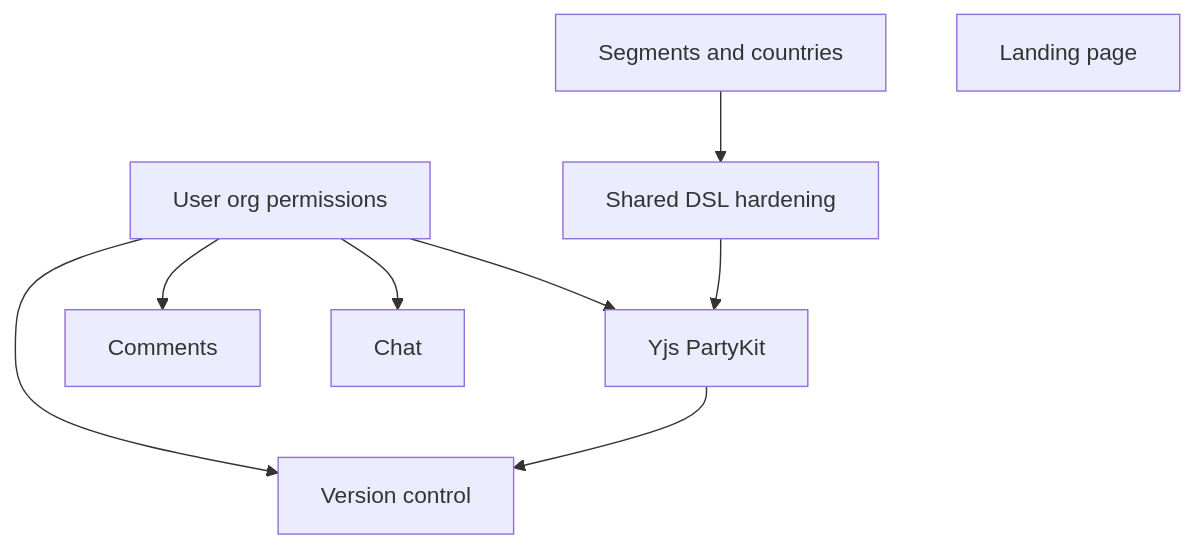
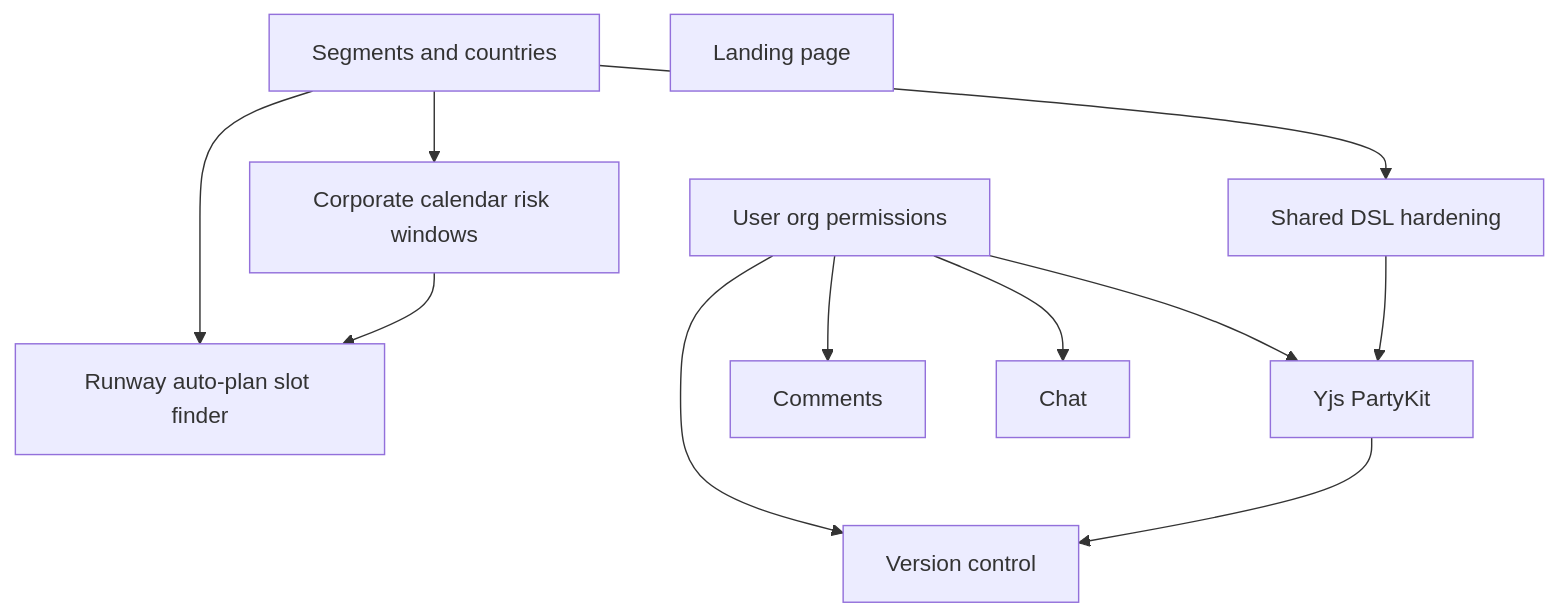
The diagram in docs/BACKLOG_EPICS.md (littleroboto/capacity), drawn with Mermaid before and after one commit. The commit also changed other lines of this file and 28 other files, not shown here.

````diff
--- a/docs/BACKLOG_EPICS.md
+++ b/docs/BACKLOG_EPICS.md
@@ -168,18 +219,23 @@
 ```mermaid
 flowchart TD
   A[Segments and countries]
   B[Landing page]
   C[Shared DSL hardening]
+  P[Runway auto-plan slot finder]
+  R[Corporate calendar risk windows]
   D[User org permissions]
   E[Yjs PartyKit]
   F[Version control]
   G[Comments]
   H[Chat]
   A --> C
+  A --> P
+  A --> R
+  R --> P
   D --> E
   D --> F
   D --> G
   D --> H
   E --> F
   C --> E
 ```
````
